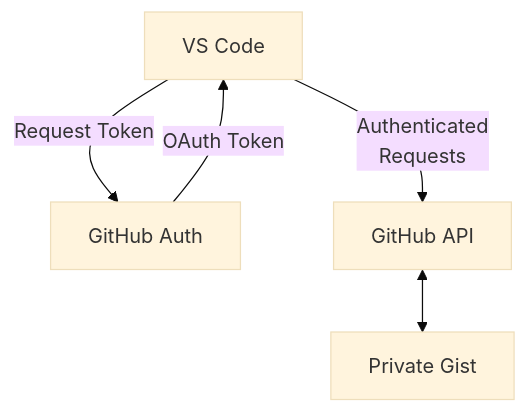
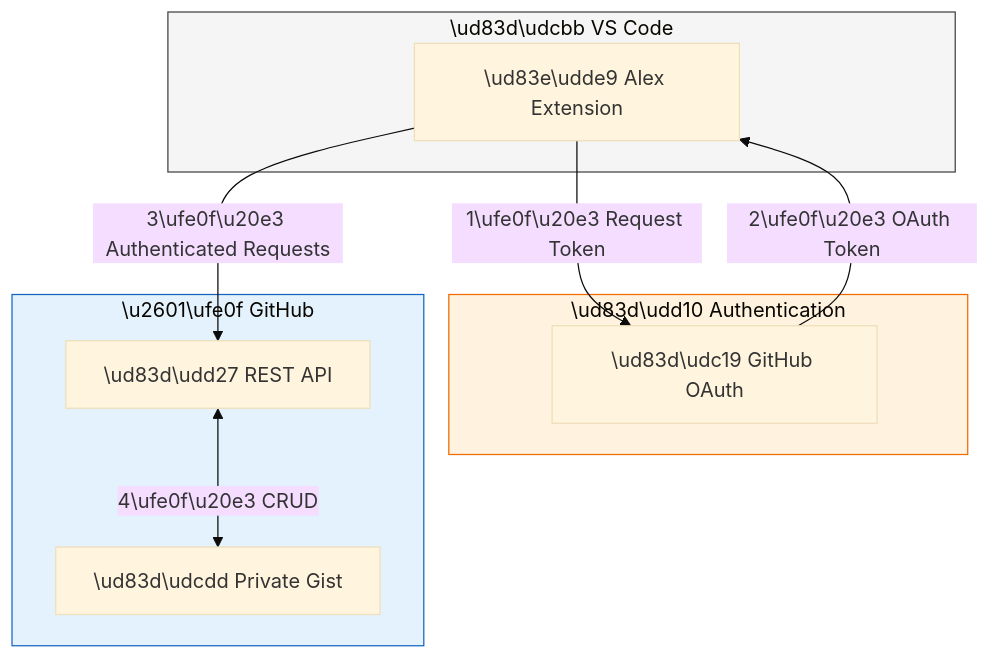
Before and after one commit to fabioc-aloha/Alex_Plug_In: the second of 7 diagrams in alex_docs/CLOUD-SYNC.md, drawn with Mermaid (base theme). The commit also changed other lines of this file and 11 other files, not shown here.

````diff
--- a/alex_docs/CLOUD-SYNC.md
+++ b/alex_docs/CLOUD-SYNC.md
@@ -51,12 +58,24 @@
 ```mermaid
 flowchart TD
-    VSCODE[VS Code]
-    AUTH[GitHub Auth]
-    API[GitHub API]
-    GIST[Private Gist]
+    subgraph VSCODE["\ud83d\udcbb VS Code"]
+        EXT["\ud83e\udde9 Alex Extension"]
+    end
 
-    VSCODE -->|"Request Token"| AUTH
-    AUTH -->|"OAuth Token"| VSCODE
-    VSCODE -->|"Authenticated<br/>Requests"| API
-    API <--> GIST
+    subgraph AUTH["\ud83d\udd10 Authentication"]
+        GH_AUTH["\ud83d\udc19 GitHub OAuth"]
+    end
+
+    subgraph GITHUB["\u2601\ufe0f GitHub"]
+        API["\ud83d\udd27 REST API"]
+        GIST["\ud83d\udcdd Private Gist"]
+    end
+
+    EXT -->|"1\ufe0f\u20e3 Request Token"| GH_AUTH
+    GH_AUTH -->|"2\ufe0f\u20e3 OAuth Token"| EXT
+    EXT -->|"3\ufe0f\u20e3 Authenticated Requests"| API
+    API <-->|"4\ufe0f\u20e3 CRUD"| GIST
+
+    style VSCODE fill:#f5f5f5,stroke:#424242
+    style AUTH fill:#fff3e0,stroke:#ef6c00
+    style GITHUB fill:#e3f2fd,stroke:#1565c0
 ```
````
